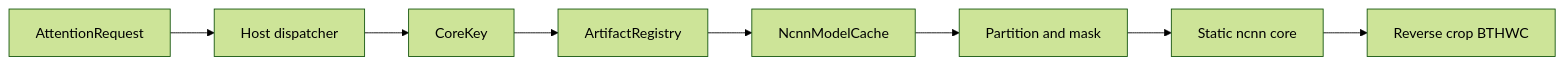
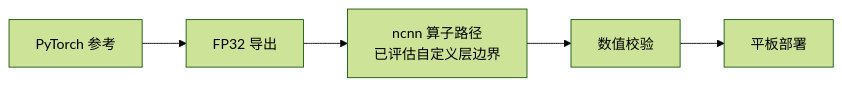
Before and after one commit to tahffo68hk-hash/seedvr2-ncnn: the diagram in README.zh-CN.md, drawn with Mermaid (forest theme). The commit also changed other lines of this file and 18 other files, not shown here.

````diff
--- a/README.zh-CN.md
+++ b/README.zh-CN.md
@@ -17,10 +31,7 @@
 ```mermaid
 flowchart LR
-  R[AttentionRequest] --> D[Host dispatcher]
-  D --> K[CoreKey]
-  K --> G[ArtifactRegistry]
-  G --> C[NcnnModelCache]
-  C --> P[Partition and mask]
-  P --> N[Static ncnn core]
-  N --> O[Reverse crop BTHWC]
+    P[PyTorch 参考] --> E[FP32 导出]
+    E --> N[ncnn 算子路径<br/>已评估自定义层边界]
+    N --> V[数值校验]
+    V --> T[平板部署]
 ```
````
